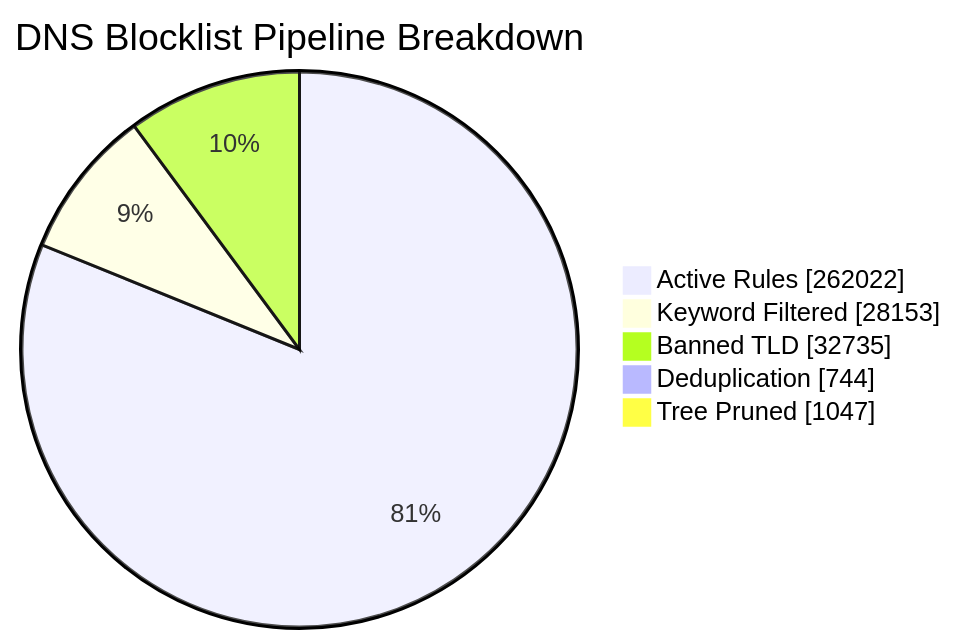
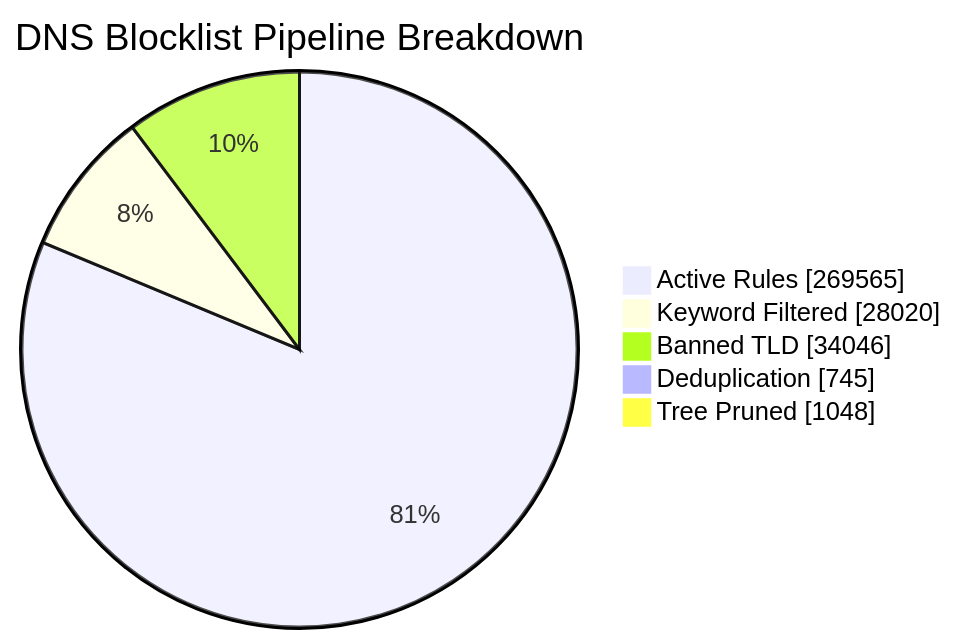
Before and after one commit to brojangles24/Cloudflare-ZeroTrust-AdBlock: the first of 6 diagrams in README_STATS.md, drawn with Mermaid. The commit also changed other lines of this file and 1 other file, not shown here.

````diff
--- a/README_STATS.md
+++ b/README_STATS.md
@@ -41,8 +41,8 @@
 ```mermaid
 pie showData title DNS Blocklist Pipeline Breakdown
-    "Active Rules"     : 262022
-    "Keyword Filtered" : 28153
-    "Banned TLD"       : 32735
-    "Deduplication"    : 744
-    "Tree Pruned"      : 1047
+    "Active Rules"     : 269565
+    "Keyword Filtered" : 28020
+    "Banned TLD"       : 34046
+    "Deduplication"    : 745
+    "Tree Pruned"      : 1048
 ```
````
